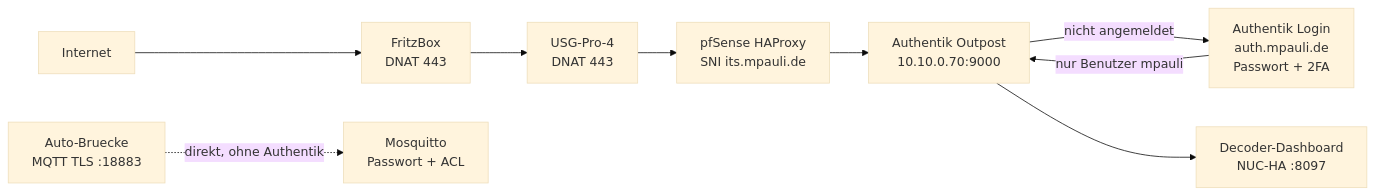
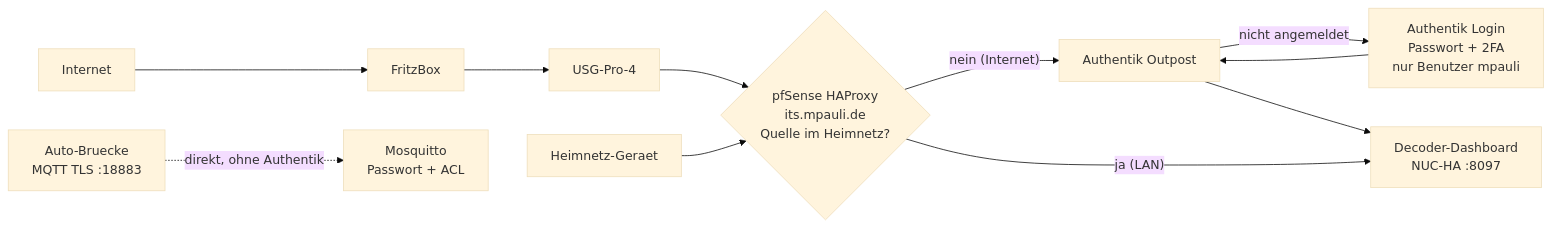
The diagram in docs/diagrams/13-dashboard-veroeffentlichen-0.mmd (icepaule/Ice-Traffic-Data), drawn with Mermaid (base theme) before and after one commit. The commit also changed 4 other files, not shown here.

Commit message:
Dashboard: Heimnetz direkt, Internet nur ueber Authentik (LAN-Weiche)

```diff
--- a/docs/diagrams/13-dashboard-veroeffentlichen-0.mmd
+++ b/docs/diagrams/13-dashboard-veroeffentlichen-0.mmd
@@ -1,9 +1,9 @@
 flowchart LR
-    I["Internet"] --> F["FritzBox<br/>DNAT 443"]
-    F --> U["USG-Pro-4<br/>DNAT 443"]
-    U --> H["pfSense HAProxy<br/>SNI its.mpauli.de"]
-    H --> O["Authentik Outpost<br/>10.10.0.70:9000"]
-    O -- "nicht angemeldet" --> A["Authentik Login<br/>auth.mpauli.de<br/>Passwort + 2FA"]
-    A -- "nur Benutzer mpauli" --> O
+    I["Internet"] --> F["FritzBox"] --> U["USG-Pro-4"] --> H{"pfSense HAProxy<br/>its.mpauli.de<br/>Quelle im Heimnetz?"}
+    L["Heimnetz-Geraet"] --> H
+    H -- "nein (Internet)" --> O["Authentik Outpost"]
+    O -- "nicht angemeldet" --> A["Authentik Login<br/>Passwort + 2FA<br/>nur Benutzer mpauli"]
+    A --> O
     O --> D["Decoder-Dashboard<br/>NUC-HA :8097"]
+    H -- "ja (LAN)" --> D
     M["Auto-Bruecke<br/>MQTT TLS :18883"] -. "direkt, ohne Authentik" .-> B["Mosquitto<br/>Passwort + ACL"]
```
